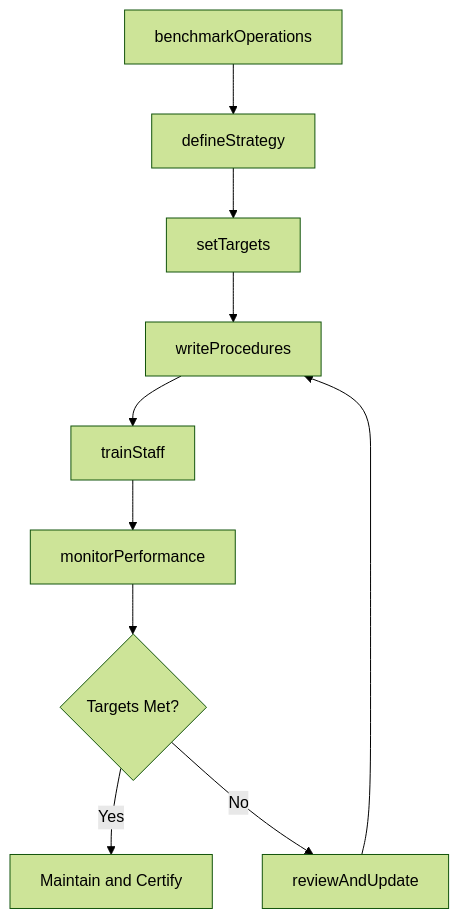
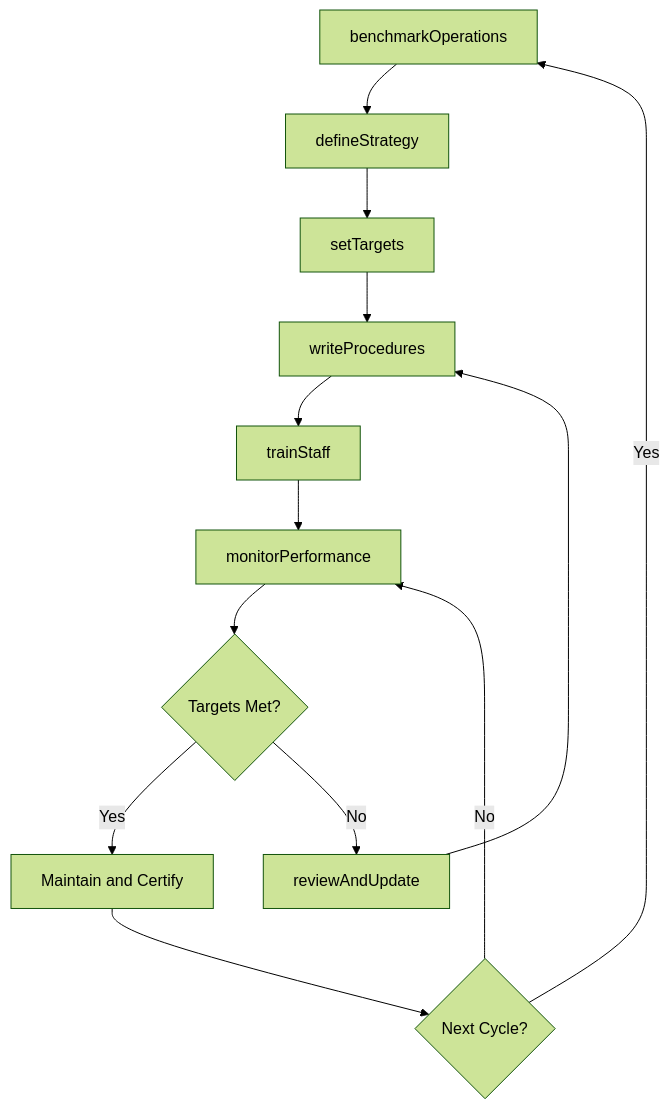
The third of 4 diagrams in ThinkingCreatively/DevelopSustainableOrganizationalOrBusinessPoliciesOrPractices/DevelopOperatingStrategiesPlansProcedures.mdx (dot-org-ai/tasks.org.ai), drawn with Mermaid (forest theme) before and after one commit. The commit also changed other lines of this file and 266 other files, not shown here.

First line of the commit message:
feat: Add ER diagrams, state diagrams to wave 2 batch (251 DWA files)

````diff
--- a/ThinkingCreatively/DevelopSustainableOrganizationalOrBusinessPoliciesOrPractices/DevelopOperatingStrategiesPlansProcedures.mdx
+++ b/ThinkingCreatively/DevelopSustainableOrganizationalOrBusinessPoliciesOrPractices/DevelopOperatingStrategiesPlansProcedures.mdx
@@ -86,12 +115,15 @@
 ```mermaid
 graph TD
     A[benchmarkOperations] --> B[defineStrategy]
     B --> C[setTargets]
     C --> D[writeProcedures]
     D --> E[trainStaff]
     E --> F[monitorPerformance]
     F --> G{Targets Met?}
     G -->|Yes| H[Maintain and Certify]
-    G -->|No| I[reviewAndUpdate]
-    I --> D
+    H --> I{Next Cycle?}
+    I -->|Yes| A
+    I -->|No| F
+    G -->|No| J[reviewAndUpdate]
+    J --> D
 ```
````
